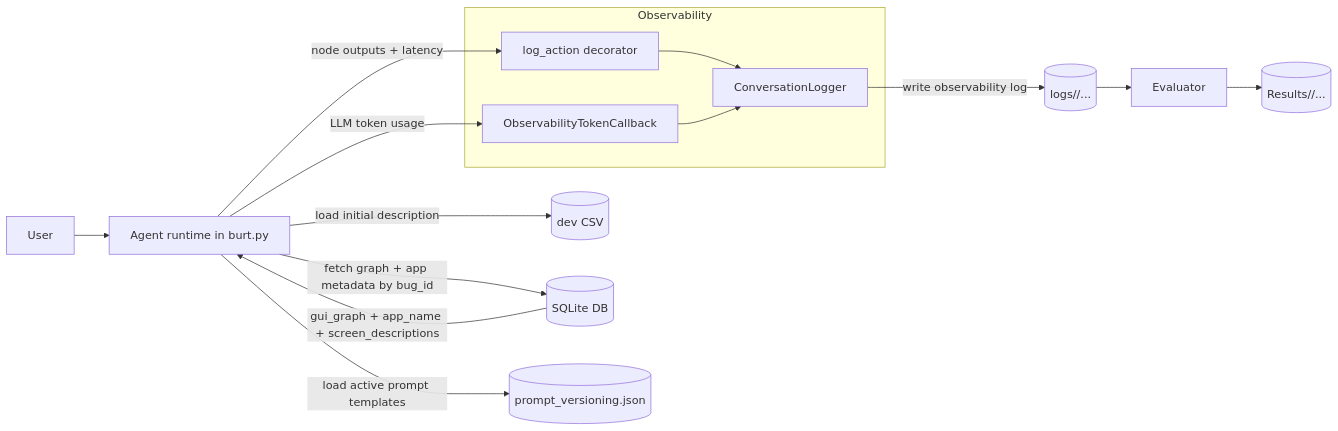
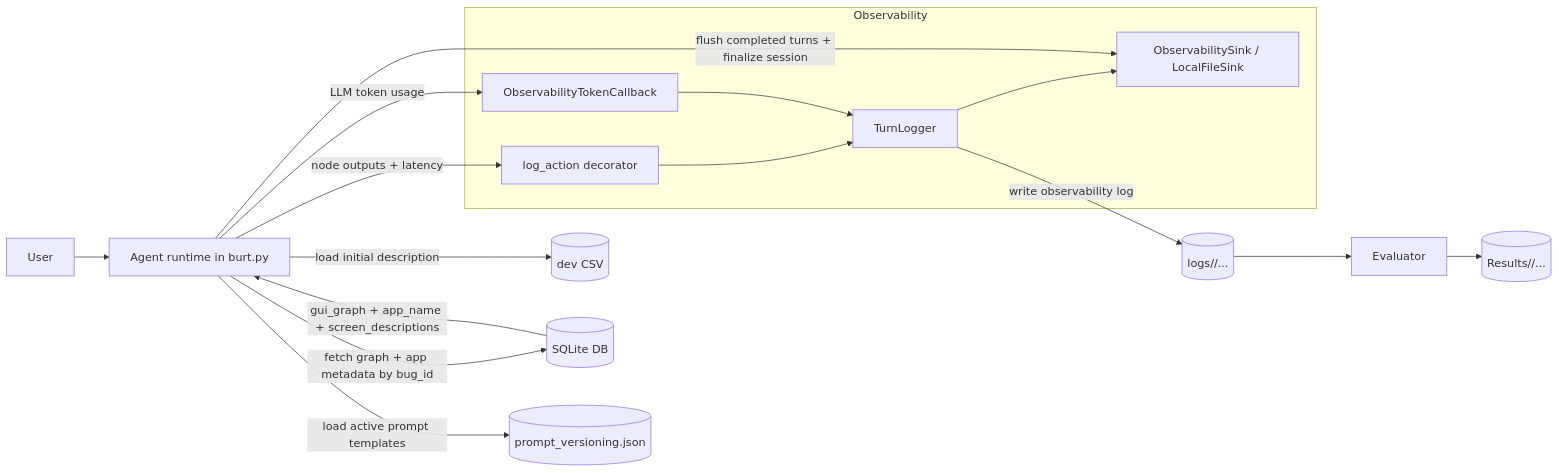
One commit to sea-lab-wm/agentic_burt changed the first of 2 diagrams in ARCHITECTURE.md. Above: the diagram before and after it, drawn with Mermaid. The commit also changed other lines of this file and 11 other files, not shown here.

````diff
--- a/ARCHITECTURE.md
+++ b/ARCHITECTURE.md
@@ -5,23 +7,26 @@
 ```mermaid
 flowchart LR
     U[User] --> A[Agent runtime in burt.py]
     A -->|load initial description| CSV[(dev CSV)]
     A -->|fetch graph + app metadata by bug_id| DB[(SQLite DB)]
     DB -->|gui_graph + app_name + screen_descriptions| A
     A -->|load active prompt templates| PV[(prompt_versioning.json)]
     L2 -->|write observability log| LOGS[(logs/<PROMPT_VERSION>/...)]
 
     subgraph OBS[Observability]
       L1[log_action decorator]
-      L2[ConversationLogger]
+      L2[TurnLogger]
       L3[ObservabilityTokenCallback]
+      L4[ObservabilitySink / LocalFileSink]
       L1 --> L2
       L3 --> L2
+      L2 --> L4
     end
 
     A -->|node outputs + latency| L1
     A -->|LLM token usage| L3
+    A -->|flush completed turns + finalize session| L4
 
     LOGS --> E[Evaluator]
     E --> R[(Results/<agent_version>/...)]
 ```
````
